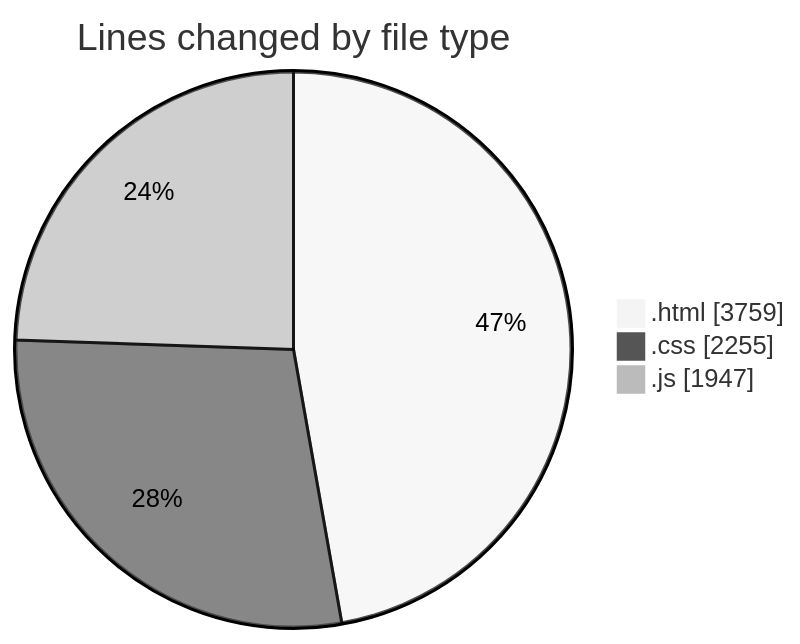
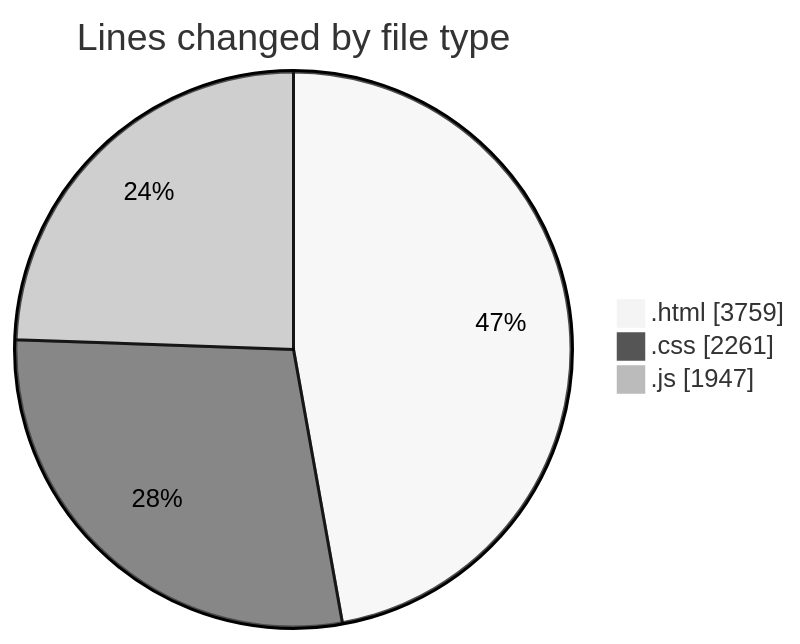
One commit to Ritupan-Deka/code-tracking changed the first of 2 diagrams in 2025-05-24/projects/README.md. Above: the diagram before and after it, drawn with Mermaid (neutral theme). The commit also changed other lines of this file and 1 other file, not shown here.

````diff
--- a/2025-05-24/projects/README.md
+++ b/2025-05-24/projects/README.md
@@ -25,7 +25,7 @@
 ```mermaid
 pie showData
 title Lines changed by file type
 ".html" : 3759
-".css" : 2255
+".css" : 2261
 ".js" : 1947
 ```
````
